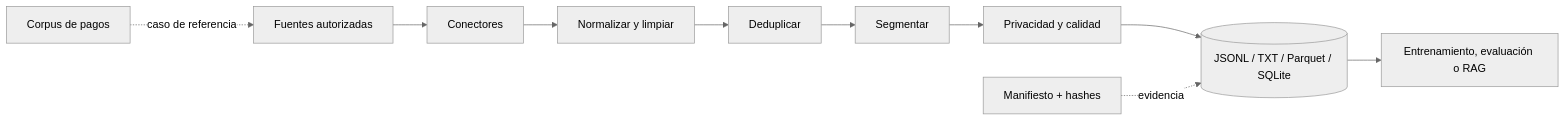
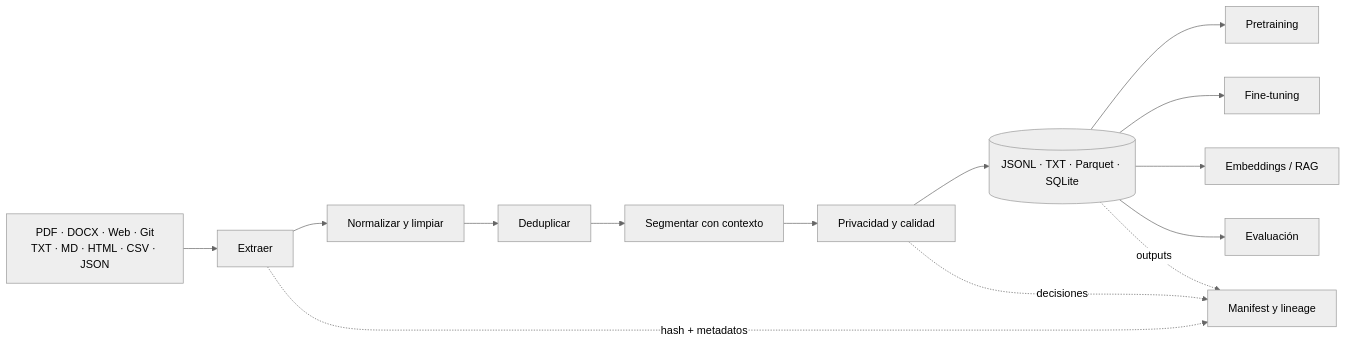
Before and after one commit to vladimiracunadev-create/ai-dataset-foundry: the diagram in README.md, drawn with Mermaid (neutral theme). The commit also changed other lines of this file and 69 other files, not shown here.

````diff
--- a/README.md
+++ b/README.md
@@ -33,13 +25,16 @@
 ```mermaid
 flowchart LR
-    A[Fuentes autorizadas] --> B[Conectores]
+    A[PDF · DOCX · Web · Git<br/>TXT · MD · HTML · CSV · JSON] --> B[Extraer]
     B --> C[Normalizar y limpiar]
     C --> D[Deduplicar]
-    D --> E[Segmentar]
+    D --> E[Segmentar con contexto]
     E --> F[Privacidad y calidad]
-    F --> G[(JSONL / TXT / Parquet / SQLite)]
-    G --> H[Entrenamiento, evaluación o RAG]
-
-    P[Corpus de pagos] -. caso de referencia .-> A
-    R[Manifiesto + hashes] -. evidencia .-> G
+    F --> G[(JSONL · TXT · Parquet · SQLite)]
+    G --> H[Pretraining]
+    G --> I[Fine-tuning]
+    G --> J[Embeddings / RAG]
+    G --> K[Evaluación]
+    B -. hash + metadatos .-> L[Manifest y lineage]
+    F -. decisiones .-> L
+    G -. outputs .-> L
 ```
````
